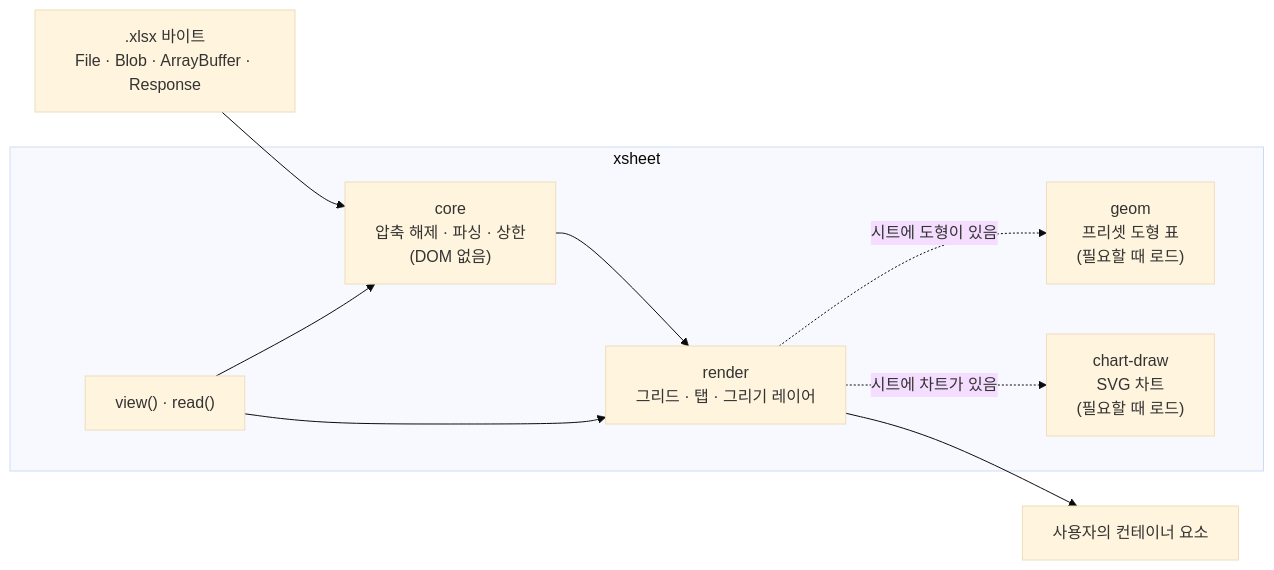
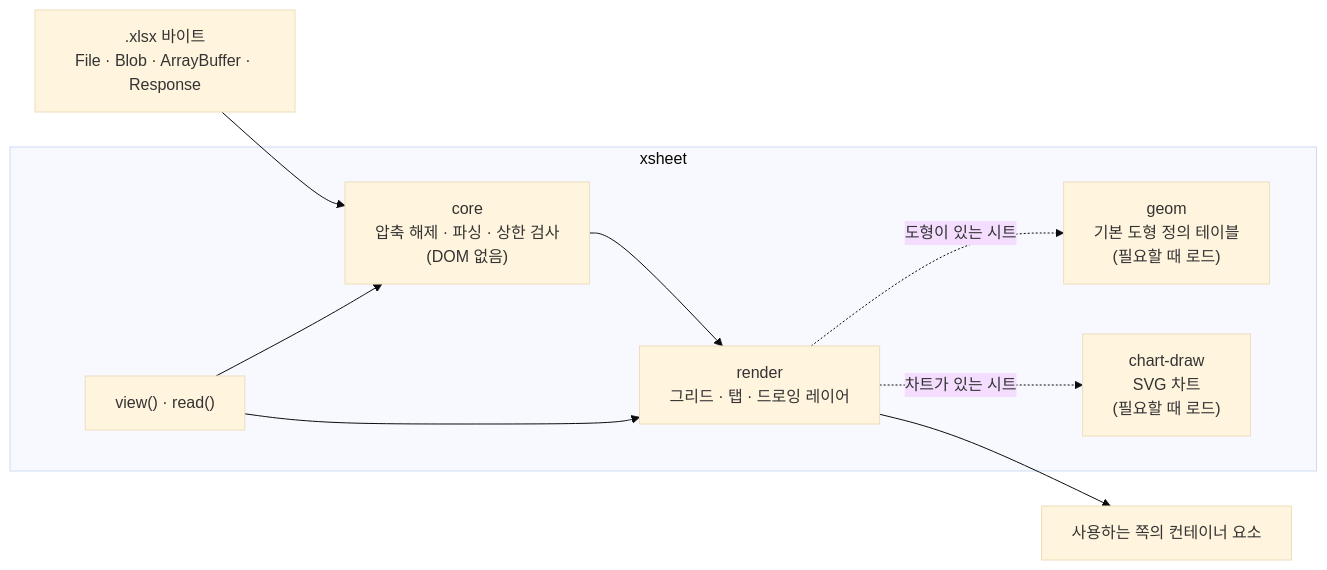
The diagram in README.ko.md (TaekangKwon/XSheet), drawn with Mermaid (base theme) before and after one commit. The commit also changed other lines of this file and 4 other files, not shown here.

````diff
--- a/README.ko.md
+++ b/README.ko.md
@@ -99,17 +99,17 @@
 ```mermaid
 graph LR
     F[".xlsx 바이트<br>File · Blob · ArrayBuffer · Response"] --> CORE
     subgraph xsheet
-        CORE["core<br>압축 해제 · 파싱 · 상한<br>(DOM 없음)"]
-        GEOM["geom<br>프리셋 도형 표<br>(필요할 때 로드)"]
-        RENDER["render<br>그리드 · 탭 · 그리기 레이어"]
+        CORE["core<br>압축 해제 · 파싱 · 상한 검사<br>(DOM 없음)"]
+        GEOM["geom<br>기본 도형 정의 테이블<br>(필요할 때 로드)"]
+        RENDER["render<br>그리드 · 탭 · 드로잉 레이어"]
         CHART["chart-draw<br>SVG 차트<br>(필요할 때 로드)"]
         FACADE["view() · read()"]
     end
     CORE --> RENDER
-    RENDER -. "시트에 도형이 있음" .-> GEOM
-    RENDER -. "시트에 차트가 있음" .-> CHART
+    RENDER -. "도형이 있는 시트" .-> GEOM
+    RENDER -. "차트가 있는 시트" .-> CHART
     FACADE --> CORE
     FACADE --> RENDER
-    RENDER --> DOM["사용자의 컨테이너 요소"]
+    RENDER --> DOM["사용하는 쪽의 컨테이너 요소"]
 ```
````
